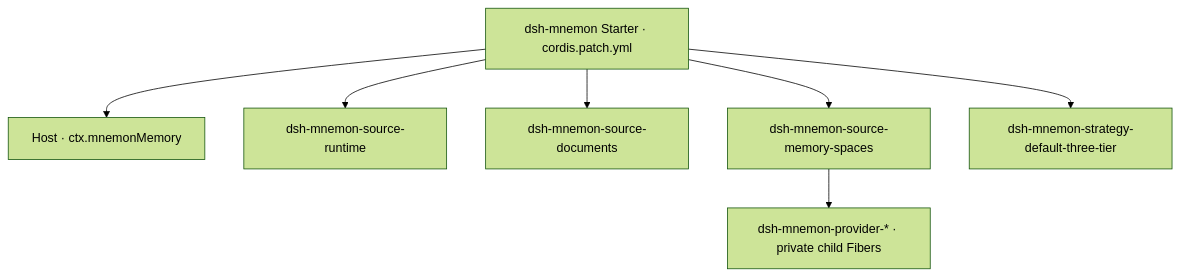
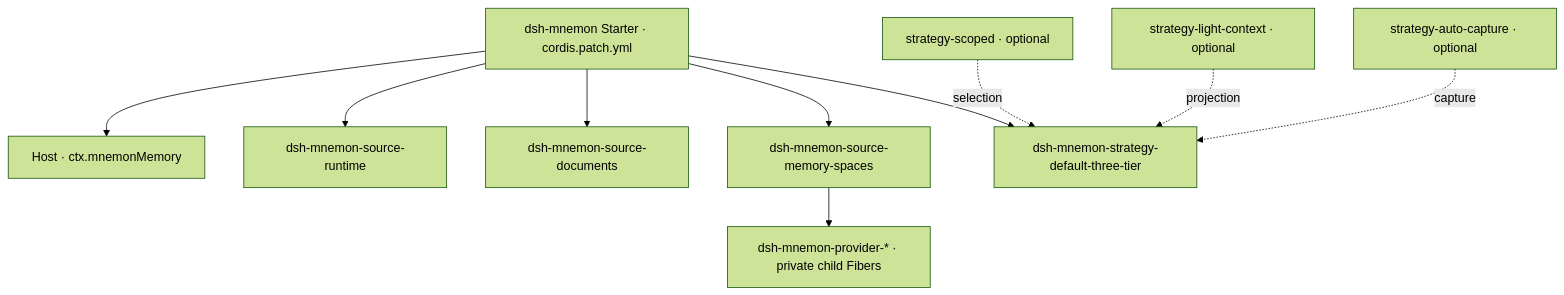
One commit to DerKodex-Repo-Curator/mnemon changed the first of 3 diagrams in dsh/docs/en/architecture.md. Above: the diagram before and after it, drawn with Mermaid (forest theme). The commit also changed other lines of this file and 8 other files, not shown here.

````diff
--- a/dsh/docs/en/architecture.md
+++ b/dsh/docs/en/architecture.md
@@ -9,9 +9,12 @@
 ```mermaid
 flowchart TB
   Starter["dsh-mnemon Starter · cordis.patch.yml"] --> Host["Host · ctx.mnemonMemory"]
   Starter --> Runtime["dsh-mnemon-source-runtime"]
   Starter --> Docs["dsh-mnemon-source-documents"]
   Starter --> Spaces["dsh-mnemon-source-memory-spaces"]
   Starter --> Strategy["dsh-mnemon-strategy-default-three-tier"]
+  Scope["strategy-scoped · optional"] -. selection .-> Strategy
+  Light["strategy-light-context · optional"] -. projection .-> Strategy
+  Capture["strategy-auto-capture · optional"] -. capture .-> Strategy
   Spaces --> Providers["dsh-mnemon-provider-* · private child Fibers"]
 ```
````
